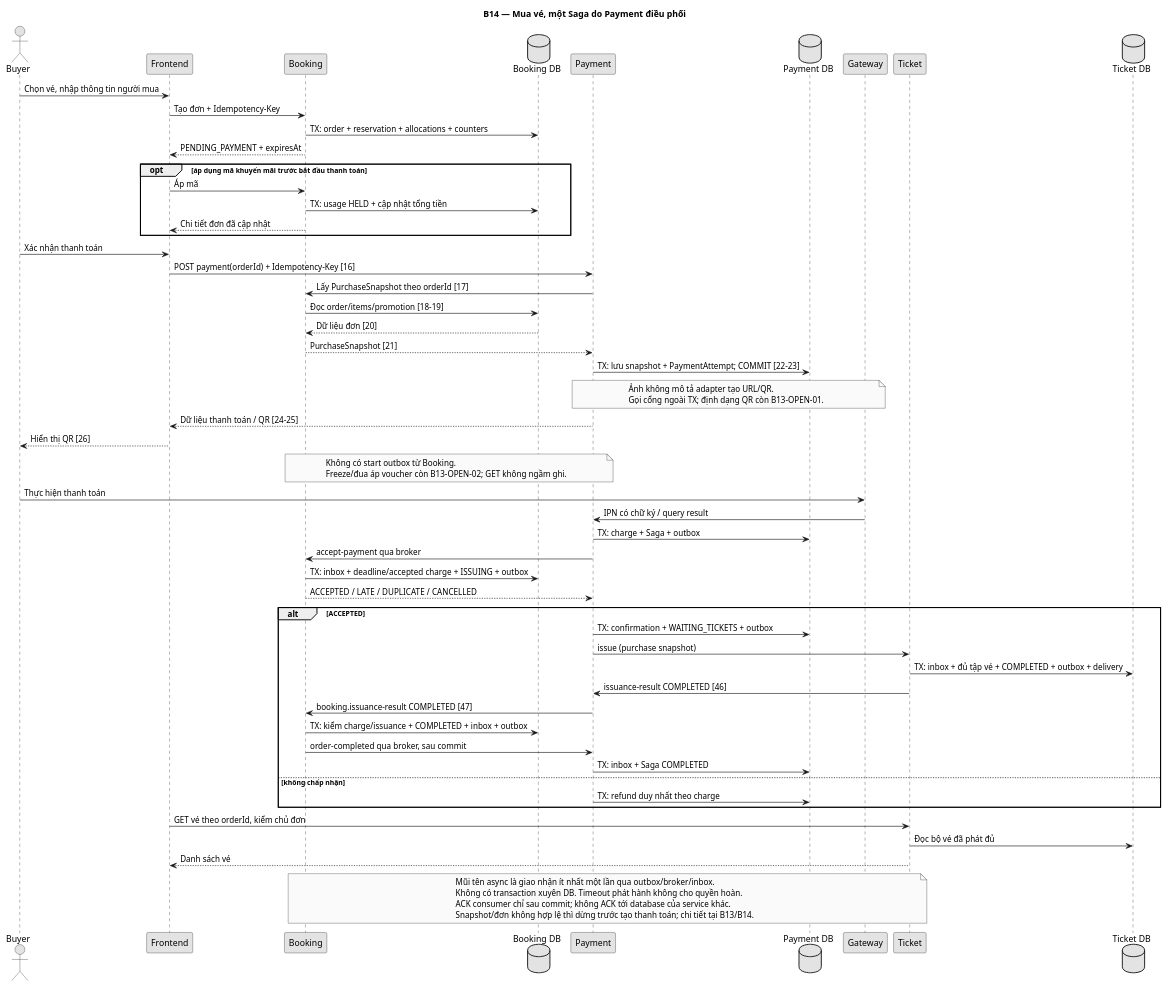
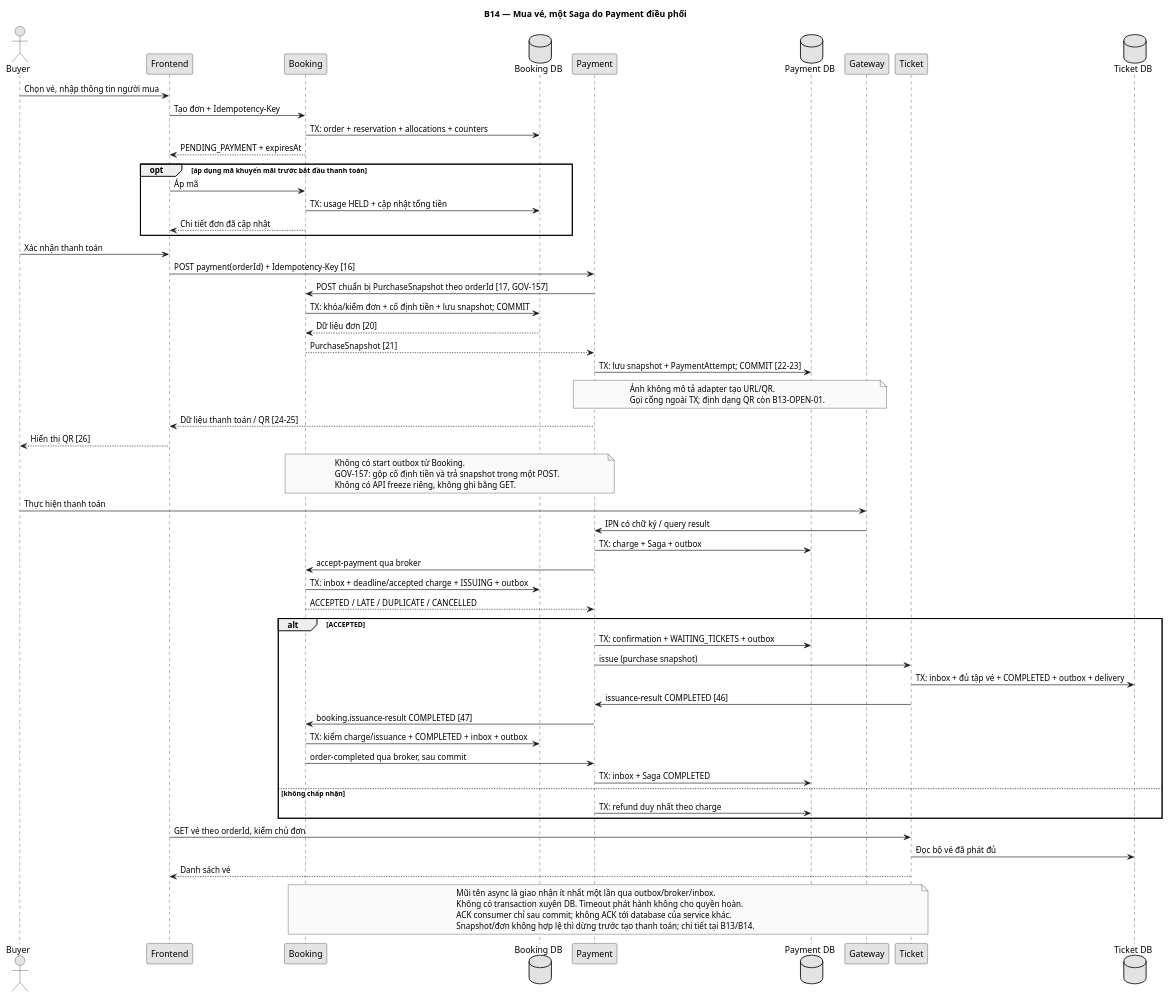
Before and after one commit to levanminh04/flash-ticket-platform: the diagram in docs/diagrams/src/B14-01-order-payment-ticket-sequence.puml, drawn with PlantUML. The commit also changed 22 other files, not shown here.

First line of the commit message:
feat(booking): áp voucher vào đơn và chốt snapshot thanh toán

```diff
--- a/docs/diagrams/src/B14-01-order-payment-ticket-sequence.puml
+++ b/docs/diagrams/src/B14-01-order-payment-ticket-sequence.puml
@@ -1,66 +1,67 @@
 @startuml
 skinparam monochrome true
 title B14 — Mua vé, một Saga do Payment điều phối
 actor Buyer
 participant Frontend
 participant Booking
 database "Booking DB" as BDB
 participant Payment
 database "Payment DB" as PDB
 participant Gateway
 participant Ticket
 database "Ticket DB" as TDB
 Buyer -> Frontend : Chọn vé, nhập thông tin người mua
 Frontend -> Booking : Tạo đơn + Idempotency-Key
 Booking -> BDB : TX: order + reservation + allocations + counters
 Booking --> Frontend : PENDING_PAYMENT + expiresAt
 opt áp dụng mã khuyến mãi trước bắt đầu thanh toán
   Frontend -> Booking : Áp mã
   Booking -> BDB : TX: usage HELD + cập nhật tổng tiền
   Booking --> Frontend : Chi tiết đơn đã cập nhật
 end
 Buyer -> Frontend : Xác nhận thanh toán
 Frontend -> Payment : POST payment(orderId) + Idempotency-Key [16]
-Payment -> Booking : Lấy PurchaseSnapshot theo orderId [17]
-Booking -> BDB : Đọc order/items/promotion [18-19]
+Payment -> Booking : POST chuẩn bị PurchaseSnapshot theo orderId [17, GOV-157]
+Booking -> BDB : TX: khóa/kiểm đơn + cố định tiền + lưu snapshot; COMMIT
 BDB --> Booking : Dữ liệu đơn [20]
 Booking --> Payment : PurchaseSnapshot [21]
 Payment -> PDB : TX: lưu snapshot + PaymentAttempt; COMMIT [22-23]
 note over Payment,Gateway
   Ảnh không mô tả adapter tạo URL/QR.
   Gọi cổng ngoài TX; định dạng QR còn B13-OPEN-01.
 end note
 Payment --> Frontend : Dữ liệu thanh toán / QR [24-25]
 Frontend --> Buyer : Hiển thị QR [26]
 note over Booking,Payment
   Không có start outbox từ Booking.
-  Freeze/đua áp voucher còn B13-OPEN-02; GET không ngầm ghi.
+  GOV-157: gộp cố định tiền và trả snapshot trong một POST.
+  Không có API freeze riêng, không ghi bằng GET.
 end note
 Buyer -> Gateway : Thực hiện thanh toán
 Gateway -> Payment : IPN có chữ ký / query result
 Payment -> PDB : TX: charge + Saga + outbox
 Payment -> Booking : accept-payment qua broker
 Booking -> BDB : TX: inbox + deadline/accepted charge + ISSUING + outbox
 Booking --> Payment : ACCEPTED / LATE / DUPLICATE / CANCELLED
 alt ACCEPTED
   Payment -> PDB : TX: confirmation + WAITING_TICKETS + outbox
   Payment -> Ticket : issue (purchase snapshot)
   Ticket -> TDB : TX: inbox + đủ tập vé + COMPLETED + outbox + delivery
   Ticket -> Payment : issuance-result COMPLETED [46]
   Payment -> Booking : booking.issuance-result COMPLETED [47]
   Booking -> BDB : TX: kiểm charge/issuance + COMPLETED + inbox + outbox
   Booking -> Payment : order-completed qua broker, sau commit
   Payment -> PDB : TX: inbox + Saga COMPLETED
 else không chấp nhận
   Payment -> PDB : TX: refund duy nhất theo charge
 end
 Frontend -> Ticket : GET vé theo orderId, kiểm chủ đơn
 Ticket -> TDB : Đọc bộ vé đã phát đủ
 Ticket --> Frontend : Danh sách vé
 note over Booking,Ticket
   Mũi tên async là giao nhận ít nhất một lần qua outbox/broker/inbox.
   Không có transaction xuyên DB. Timeout phát hành không cho quyền hoàn.
   ACK consumer chỉ sau commit; không ACK tới database của service khác.
   Snapshot/đơn không hợp lệ thì dừng trước tạo thanh toán; chi tiết tại B13/B14.
 end note
 @enduml
```
